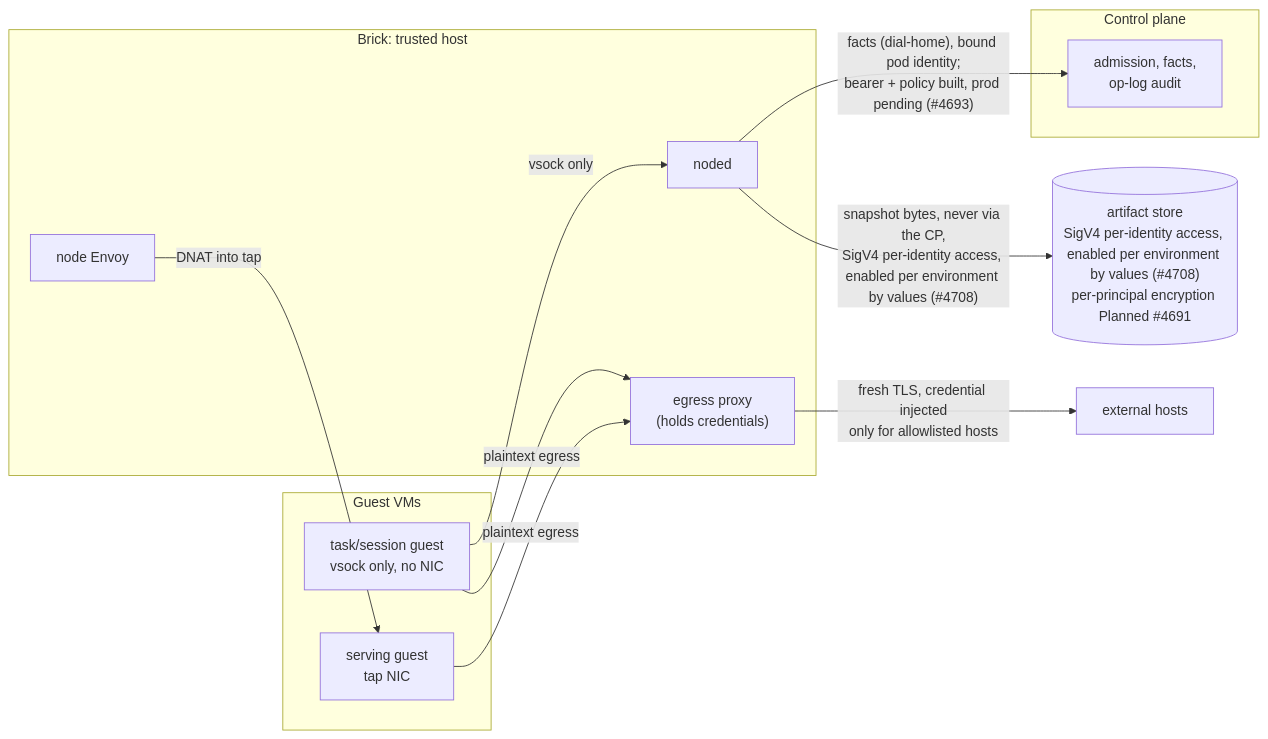
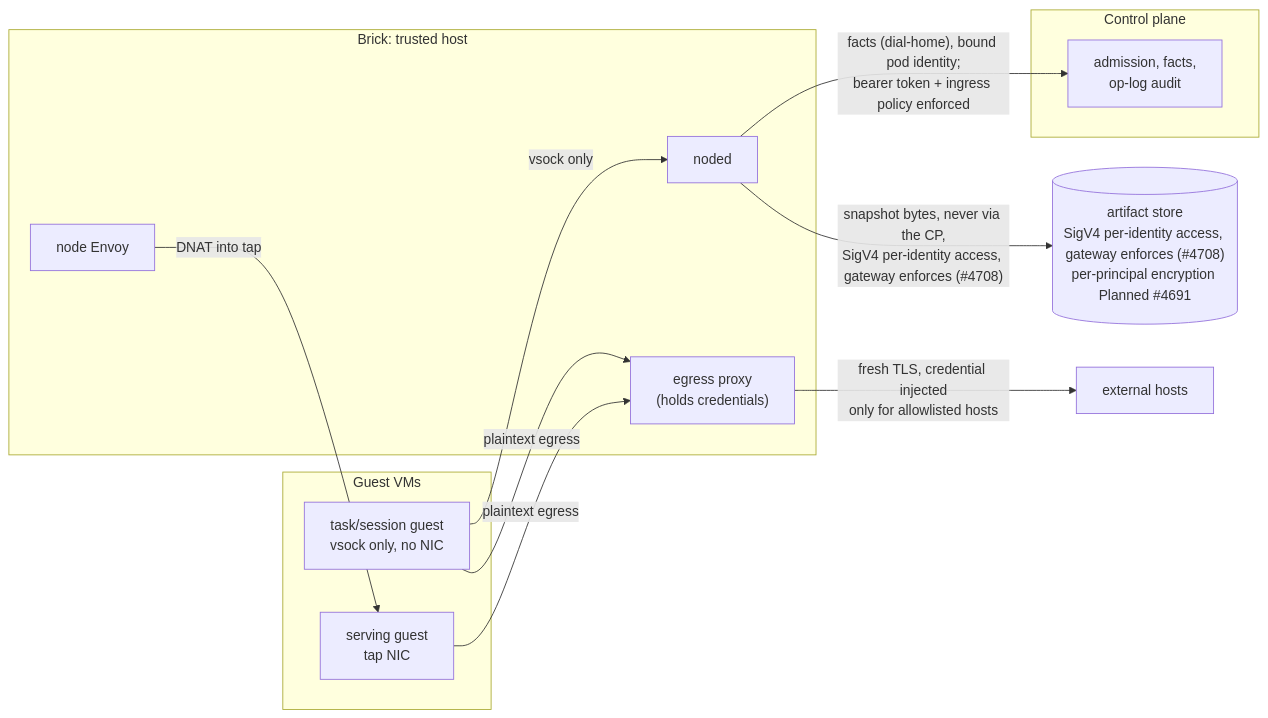
The sixth of 6 diagrams in projects/embervm/ARCHITECTURE.md (jomcgi-org/homelab), drawn with Mermaid before and after one commit. The commit also changed other lines of this file and 1 other file, not shown here.

First line of the commit message:
feat(platform): enable SeaweedFS S3 authentication with the identities policy

````diff
--- a/projects/embervm/ARCHITECTURE.md
+++ b/projects/embervm/ARCHITECTURE.md
@@ -759,25 +756,25 @@
 ```mermaid
 graph LR
     subgraph vm ["Guest VMs"]
         G1["task/session guest<br/>vsock only, no NIC"]
         G2["serving guest<br/>tap NIC"]
     end
     subgraph brick ["Brick: trusted host"]
         N["noded"]
         P["egress proxy<br/>(holds credentials)"]
         E["node Envoy"]
     end
     subgraph cp ["Control plane"]
         F["admission, facts,<br/>op-log audit"]
     end
-    S[("artifact store<br/>SigV4 per-identity access, enabled per environment by values (#4708)<br/>per-principal encryption Planned #4691")]
+    S[("artifact store<br/>SigV4 per-identity access, gateway enforces (#4708)<br/>per-principal encryption Planned #4691")]
     X["external hosts"]
 
     G1 -- "vsock only" --> N
     E -- "DNAT into tap" --> G2
     G1 -- "plaintext egress" --> P
     G2 -- "plaintext egress" --> P
     P -- "fresh TLS, credential injected<br/>only for allowlisted hosts" --> X
-    N -- "facts (dial-home), bound pod identity;<br/>bearer + policy built, prod pending (#4693)" --> F
-    N -- "snapshot bytes, never via the CP,<br/>SigV4 per-identity access, enabled per environment by values (#4708)" --> S
+    N -- "facts (dial-home), bound pod identity;<br/>bearer token + ingress policy enforced" --> F
+    N -- "snapshot bytes, never via the CP,<br/>SigV4 per-identity access, gateway enforces (#4708)" --> S
 ```
````
